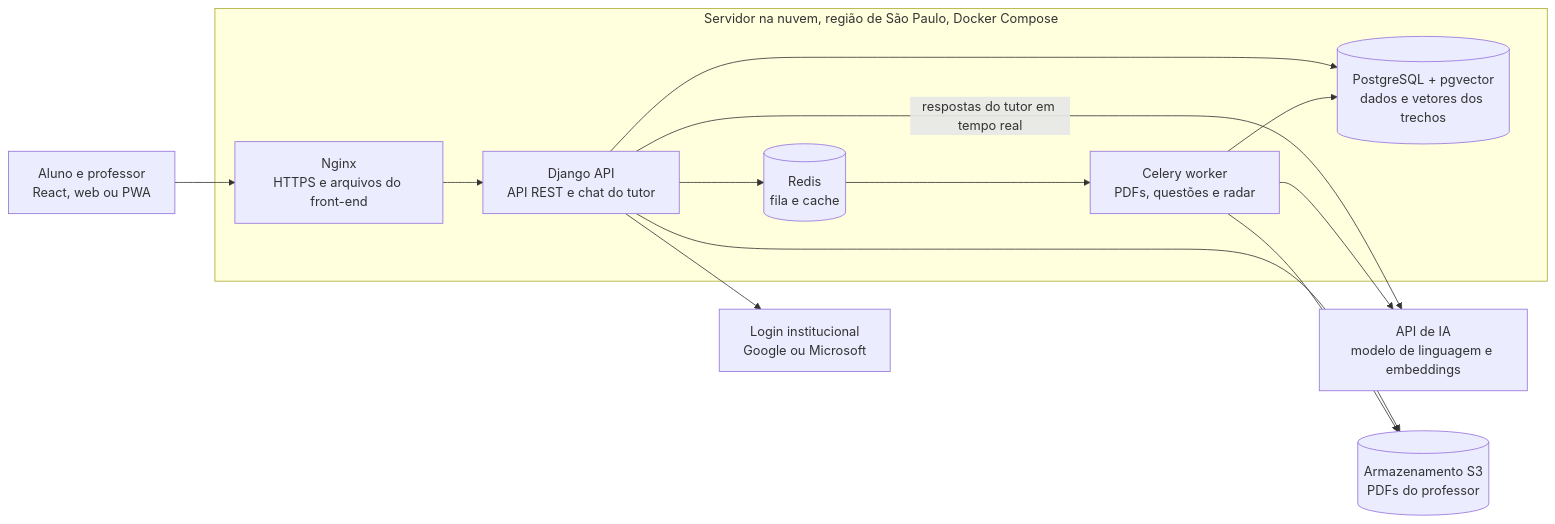
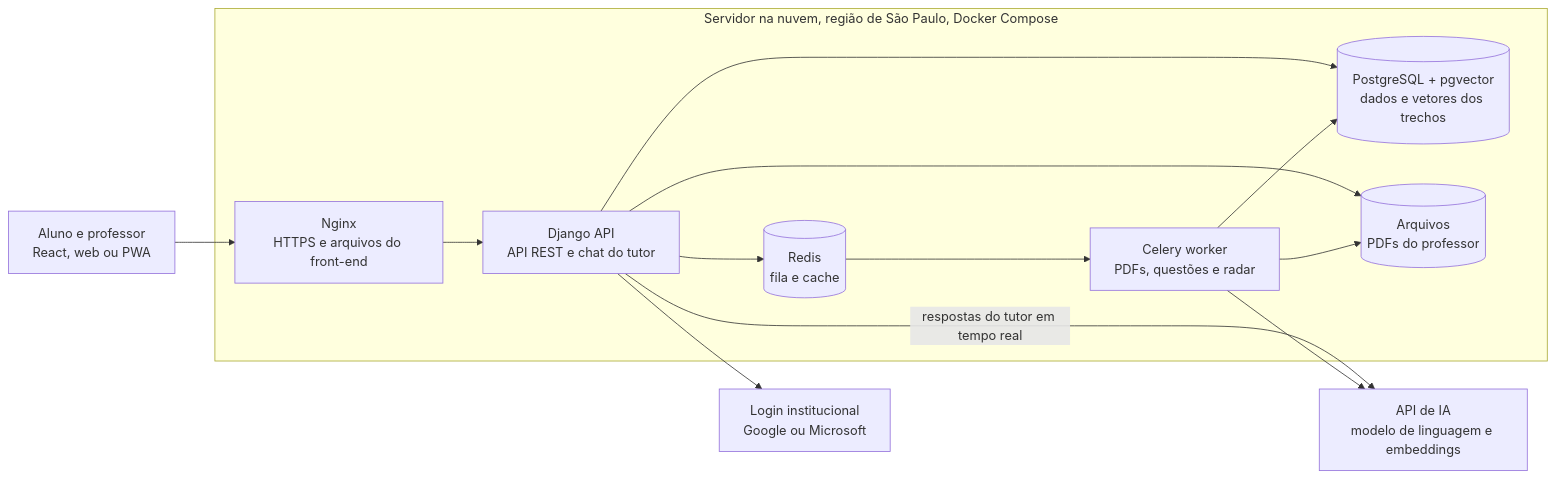
The first of 3 diagrams in docs/arquitetura.md (Chicosk1/Farol), drawn with Mermaid before and after one commit. The commit also changed other lines of this file and 19 other files, not shown here.

````diff
--- a/docs/arquitetura.md
+++ b/docs/arquitetura.md
@@ -9,24 +9,24 @@
 ```mermaid
 flowchart LR
     user["Aluno e professor<br/>React, web ou PWA"]
     sso["Login institucional<br/>Google ou Microsoft"]
     subgraph servidor["Servidor na nuvem, região de São Paulo, Docker Compose"]
         nginx["Nginx<br/>HTTPS e arquivos do front-end"]
         django["Django API<br/>API REST e chat do tutor"]
         redis[("Redis<br/>fila e cache")]
         celery["Celery worker<br/>PDFs, questões e radar"]
         pg[("PostgreSQL + pgvector<br/>dados e vetores dos trechos")]
+        arquivos[("Arquivos<br/>PDFs do professor")]
     end
     ia["API de IA<br/>modelo de linguagem e embeddings"]
-    s3[("Armazenamento S3<br/>PDFs do professor")]
 
     user --> nginx --> django
     django --> sso
     django --> redis --> celery
     django --> pg
     celery --> pg
     django -- "respostas do tutor em tempo real" --> ia
     celery --> ia
-    django --> s3
-    celery --> s3
+    django --> arquivos
+    celery --> arquivos
 ```
````
